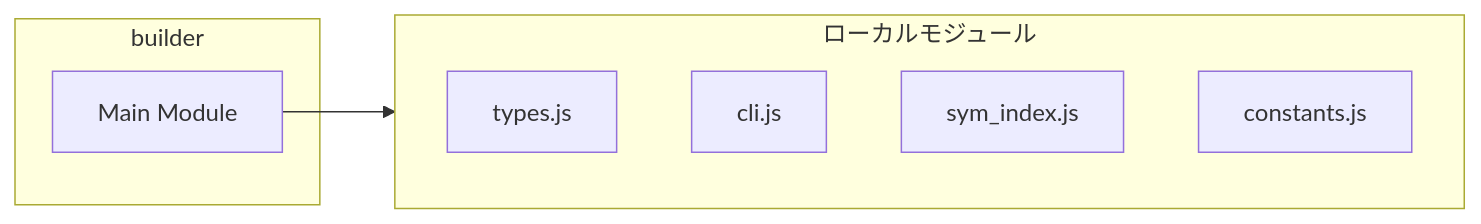
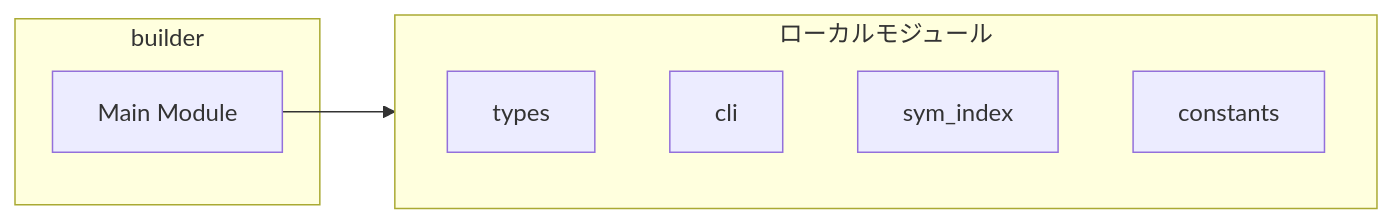
Before and after one commit to Mekann2904/mekann: the first of 3 diagrams in ABDD/.pi/extensions/search/call-graph/builder.md, drawn with Mermaid. The commit also changed other lines of this file and 174 other files, not shown here.

First line of the commit message:
fix(docs): ABDDのMermaid図生成エラーを修正する

````diff
--- a/ABDD/.pi/extensions/search/call-graph/builder.md
+++ b/ABDD/.pi/extensions/search/call-graph/builder.md
@@ -40,14 +40,14 @@
 ```mermaid
 flowchart LR
   subgraph this[builder]
     main[Main Module]
   end
   subgraph local[ローカルモジュール]
-    types_js["types.js"]
-    cli_js["cli.js"]
-    sym_index_js["sym_index.js"]
-    types_js["types.js"]
-    constants_js["constants.js"]
+    types["types"]
+    cli["cli"]
+    sym_index["sym_index"]
+    types["types"]
+    constants["constants"]
   end
   main --> local
 ```
````
